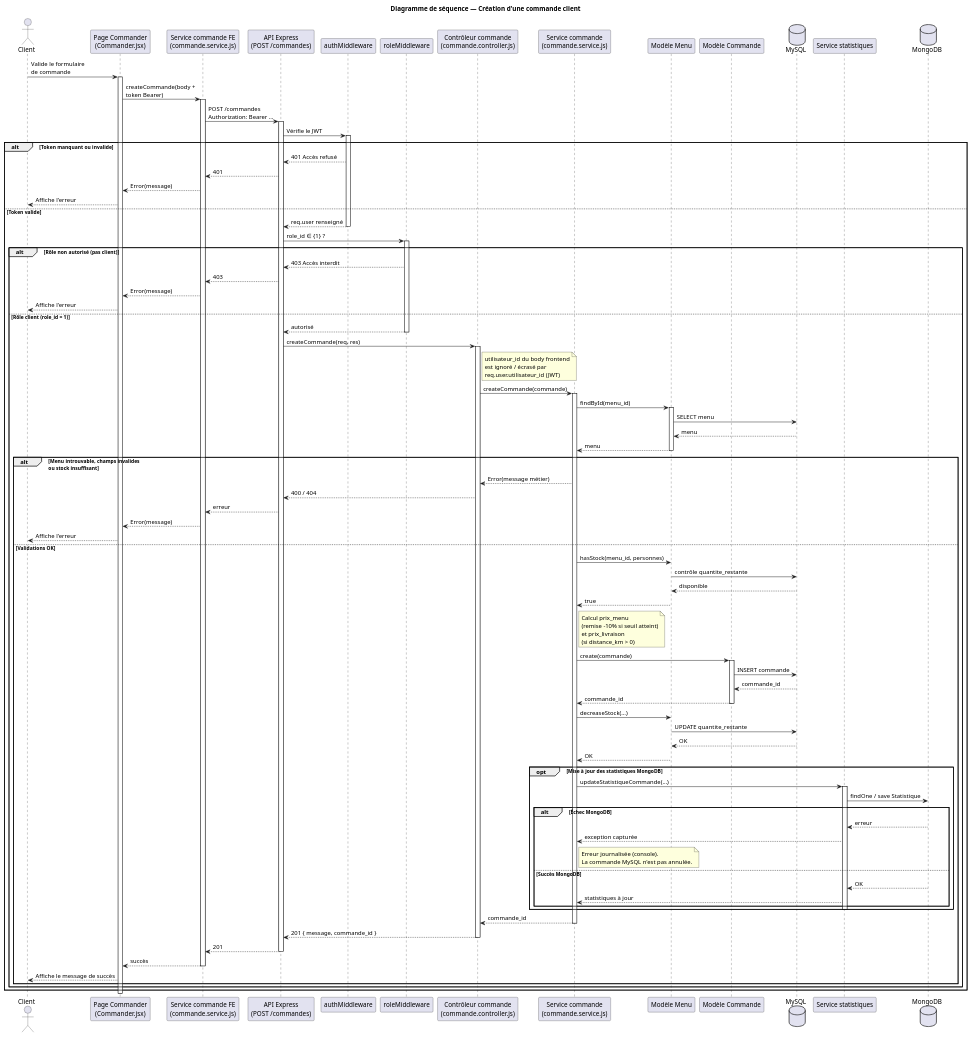
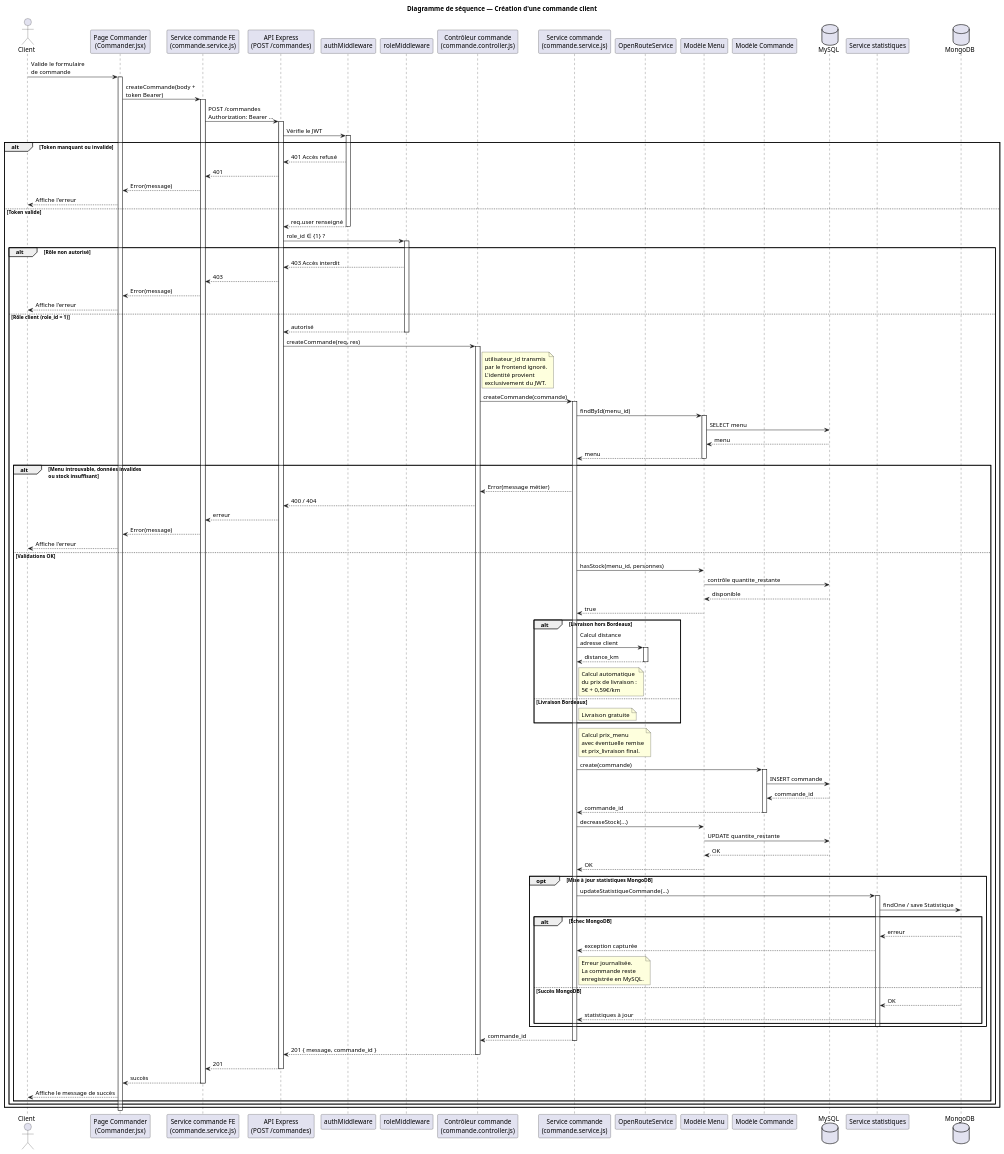
Before and after one commit to Meldince6790/vite-et-gourmand: the diagram in docs/diagrammes/sequence-creation-commande.puml, drawn with PlantUML. The commit also changed 26 other files, not shown here.

Commit message:
Finalisation de la documentation et des diagrammes du projet

```diff
--- a/docs/diagrammes/sequence-creation-commande.puml
+++ b/docs/diagrammes/sequence-creation-commande.puml
@@ -1,150 +1,195 @@
 @startuml sequence-creation-commande
 title Diagramme de séquence — Création d'une commande client
 
 actor "Client" as Client
+
 participant "Page Commander\n(Commander.jsx)" as Page
 participant "Service commande FE\n(commande.service.js)" as CmdFe
 participant "API Express\n(POST /commandes)" as API
 participant "authMiddleware" as AuthMw
 participant "roleMiddleware" as RoleMw
 participant "Contrôleur commande\n(commande.controller.js)" as Ctrl
 participant "Service commande\n(commande.service.js)" as CmdBe
+participant "OpenRouteService" as ORS
 participant "Modèle Menu" as Menu
 participant "Modèle Commande" as CmdModel
 database "MySQL" as MySQL
 participant "Service statistiques" as Stats
 database "MongoDB" as Mongo
 
 Client -> Page : Valide le formulaire\nde commande
 activate Page
 
 Page -> CmdFe : createCommande(body +\ntoken Bearer)
 activate CmdFe
 
 CmdFe -> API : POST /commandes\nAuthorization: Bearer …
 activate API
 
 API -> AuthMw : Vérifie le JWT
 activate AuthMw
 
 alt Token manquant ou invalide
 
   AuthMw --> API : 401 Accès refusé
   API --> CmdFe : 401
   CmdFe --> Page : Error(message)
   Page --> Client : Affiche l'erreur
 
 else Token valide
 
   AuthMw --> API : req.user renseigné
   deactivate AuthMw
 
   API -> RoleMw : role_id ∈ {1} ?
   activate RoleMw
 
-  alt Rôle non autorisé (pas client)
+  alt Rôle non autorisé
 
     RoleMw --> API : 403 Accès interdit
     API --> CmdFe : 403
     CmdFe --> Page : Error(message)
     Page --> Client : Affiche l'erreur
 
   else Rôle client (role_id = 1)
 
     RoleMw --> API : autorisé
     deactivate RoleMw
 
     API -> Ctrl : createCommande(req, res)
     activate Ctrl
 
     note right of Ctrl
-      utilisateur_id du body frontend
-      est ignoré / écrasé par
-      req.user.utilisateur_id (JWT)
+      utilisateur_id transmis
+      par le frontend ignoré.
+      L'identité provient
+      exclusivement du JWT.
     end note
 
     Ctrl -> CmdBe : createCommande(commande)
     activate CmdBe
 
     CmdBe -> Menu : findById(menu_id)
     activate Menu
+
     Menu -> MySQL : SELECT menu
     MySQL --> Menu : menu
+
     Menu --> CmdBe : menu
     deactivate Menu
 
-    alt Menu introuvable, champs invalides\nou stock insuffisant
+    alt Menu introuvable, données invalides\nou stock insuffisant
 
       CmdBe --> Ctrl : Error(message métier)
       Ctrl --> API : 400 / 404
       API --> CmdFe : erreur
       CmdFe --> Page : Error(message)
       Page --> Client : Affiche l'erreur
 
     else Validations OK
 
       CmdBe -> Menu : hasStock(menu_id, personnes)
+
       Menu -> MySQL : contrôle quantite_restante
       MySQL --> Menu : disponible
+
       Menu --> CmdBe : true
+
+      alt Livraison hors Bordeaux
+
+        CmdBe -> ORS : Calcul distance\nadresse client
+        activate ORS
+
+        ORS --> CmdBe : distance_km
+        deactivate ORS
+
+        note right of CmdBe
+          Calcul automatique
+          du prix de livraison :
+          5€ + 0,59€/km
+        end note
+
+      else Livraison Bordeaux
+
+        note right of CmdBe
+          Livraison gratuite
+        end note
+
+      end
 
       note right of CmdBe
         Calcul prix_menu
-        (remise -10% si seuil atteint)
-        et prix_livraison
-        (si distance_km > 0)
+        avec éventuelle remise
+        et prix_livraison final.
       end note
 
       CmdBe -> CmdModel : create(commande)
       activate CmdModel
+
       CmdModel -> MySQL : INSERT commande
+
       MySQL --> CmdModel : commande_id
+
       CmdModel --> CmdBe : commande_id
       deactivate CmdModel
 
-      CmdBe -> Menu : decreaseStock(…)
+      CmdBe -> Menu : decreaseStock(...)
+
       Menu -> MySQL : UPDATE quantite_restante
       MySQL --> Menu : OK
+
       Menu --> CmdBe : OK
 
-      opt Mise à jour des statistiques MongoDB
+      opt Mise à jour statistiques MongoDB
 
-        CmdBe -> Stats : updateStatistiqueCommande(…)
+        CmdBe -> Stats : updateStatistiqueCommande(...)
         activate Stats
+
         Stats -> Mongo : findOne / save Statistique
 
         alt Échec MongoDB
+
           Mongo --> Stats : erreur
+
           Stats --> CmdBe : exception capturée
+
           note right of CmdBe
-            Erreur journalisée (console).
-            La commande MySQL n'est pas annulée.
+            Erreur journalisée.
+            La commande reste
+            enregistrée en MySQL.
           end note
+
         else Succès MongoDB
+
           Mongo --> Stats : OK
           Stats --> CmdBe : statistiques à jour
+
         end
 
         deactivate Stats
 
       end
 
       CmdBe --> Ctrl : commande_id
       deactivate CmdBe
+
       Ctrl --> API : 201 { message, commande_id }
       deactivate Ctrl
+
       API --> CmdFe : 201
       deactivate API
+
       CmdFe --> Page : succès
       deactivate CmdFe
+
       Page --> Client : Affiche le message de succès
 
     end
 
   end
 
 end
 
 deactivate Page
 
 @enduml
```
